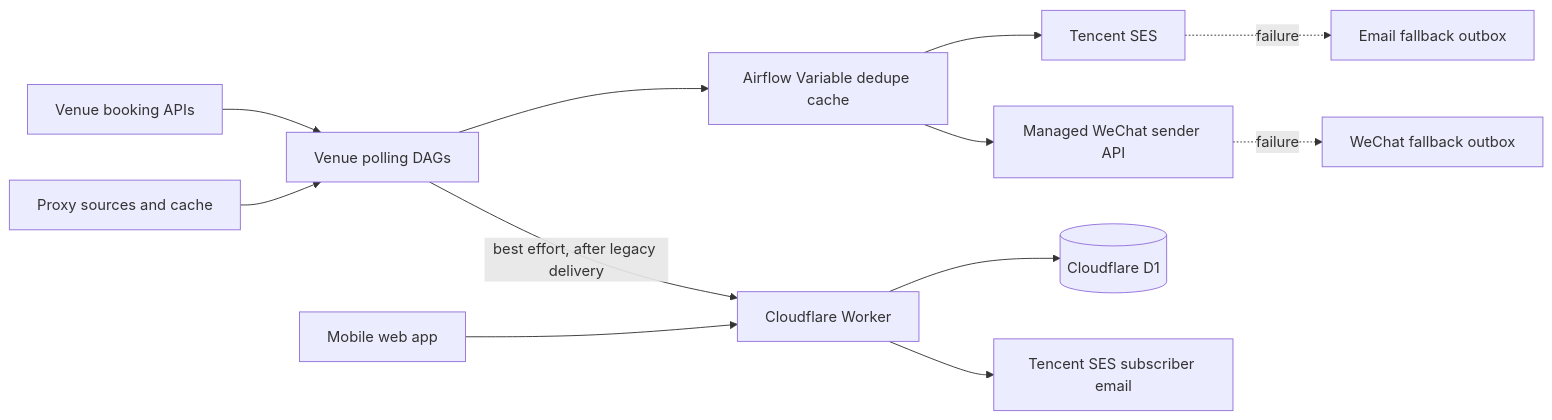
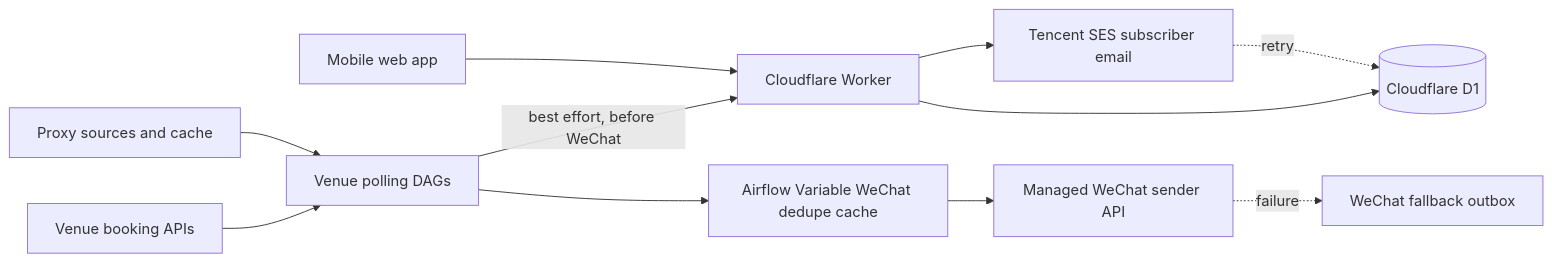
Before and after one commit to claude89757/wechat-on-airflow: the first of 2 diagrams in ARCHITECTURE.md, drawn with Mermaid. The commit also changed other lines of this file and 27 other files, not shown here.

Commit message:
refactor: route subscriber email through web app

````diff
--- a/ARCHITECTURE.md
+++ b/ARCHITECTURE.md
@@ -5,14 +5,13 @@
 ```mermaid
 flowchart LR
     API["Venue booking APIs"] --> DAG["Venue polling DAGs"]
     Proxy["Proxy sources and cache"] --> DAG
-    DAG --> Cache["Airflow Variable dedupe cache"]
-    Cache --> Email["Tencent SES"]
+    DAG -->|"best effort, before WeChat"| Worker["Cloudflare Worker"]
+    DAG --> Cache["Airflow Variable WeChat dedupe cache"]
     Cache --> WeChat["Managed WeChat sender API"]
-    DAG -->|"best effort, after legacy delivery"| Worker["Cloudflare Worker"]
     Web["Mobile web app"] --> Worker
     Worker --> D1[("Cloudflare D1")]
     Worker --> SubscriberEmail["Tencent SES subscriber email"]
-    Email -. failure .-> EmailOutbox["Email fallback outbox"]
+    SubscriberEmail -. retry .-> D1
     WeChat -. failure .-> WeChatOutbox["WeChat fallback outbox"]
 ```
````
